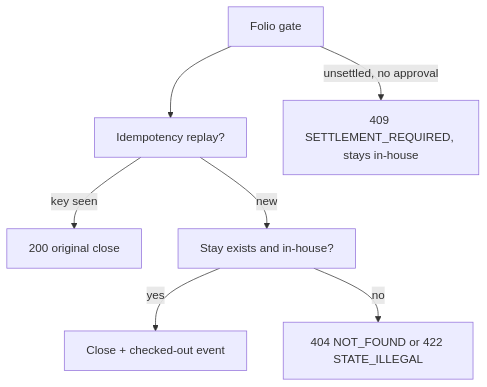
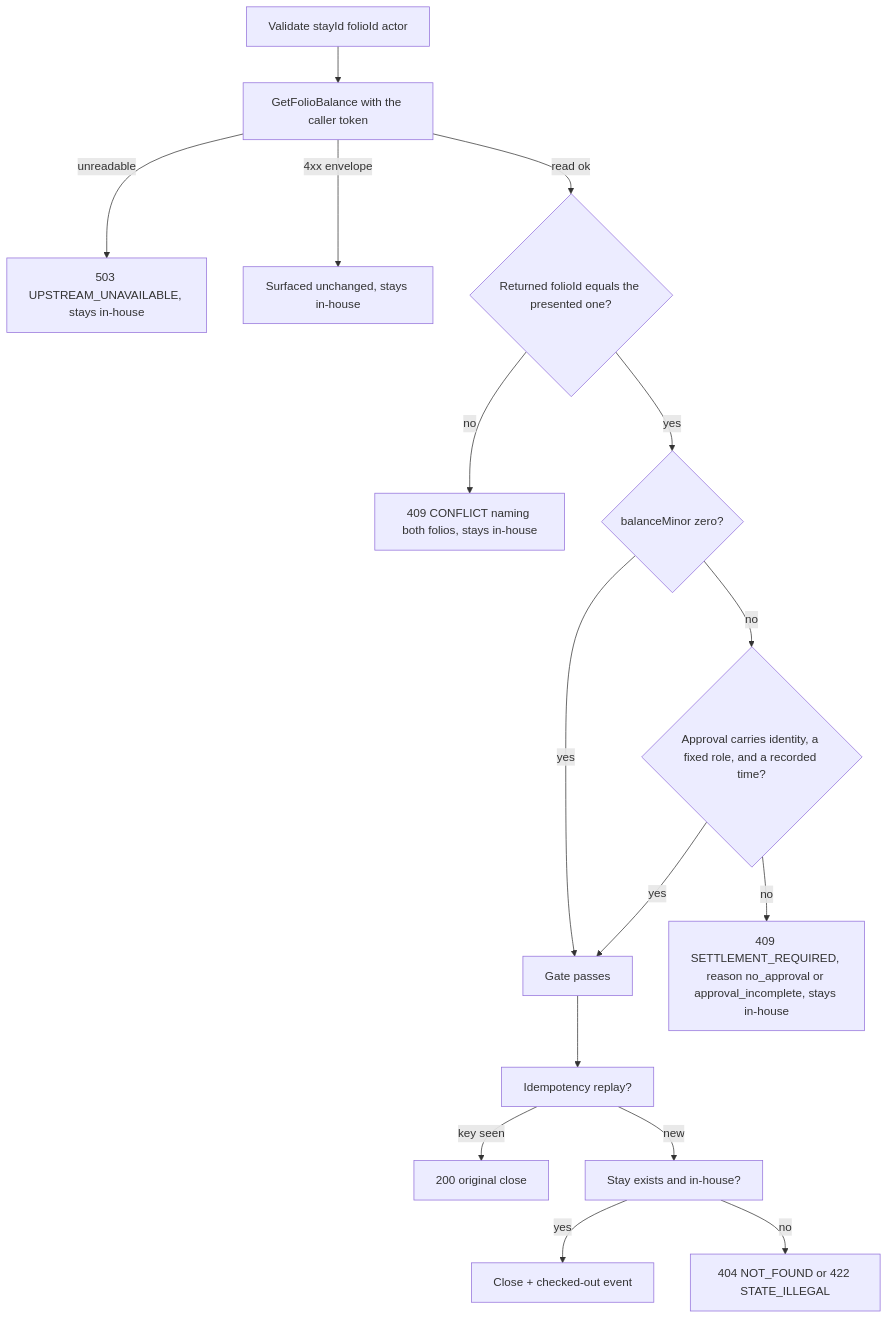
One commit to MingChen1501/hotel-mgmt changed the second of 2 diagrams in docs/architecture/services/stay.md. Above: the diagram before and after it, drawn with Mermaid. The commit also changed other lines of this file and 31 other files, not shown here.

````diff
--- a/docs/architecture/services/stay.md
+++ b/docs/architecture/services/stay.md
@@ -51,9 +53,18 @@
 ```mermaid
 flowchart TD
-    G[Folio gate] --> H[Idempotency replay?]
-    H -->|key seen| R200[200 original close]
-    H -->|new| I[Stay exists and in-house?]
-    I -->|yes| J[Close + checked-out event]
-    G -->|unsettled, no approval| R409[409 SETTLEMENT_REQUIRED, stays in-house]
-    I -->|no| RERR[404 NOT_FOUND or 422 STATE_ILLEGAL]
+    A[Validate stayId folioId actor] --> B[GetFolioBalance with the caller token]
+    B -->|unreadable| R503[503 UPSTREAM_UNAVAILABLE, stays in-house]
+    B -->|4xx envelope| R4XX[Surfaced unchanged, stays in-house]
+    B -->|read ok| C{Returned folioId equals the presented one?}
+    C -->|no| R409C[409 CONFLICT naming both folios, stays in-house]
+    C -->|yes| D{balanceMinor zero?}
+    D -->|yes| E[Gate passes]
+    D -->|no| F{Approval carries identity, a fixed role, and a recorded time?}
+    F -->|no| R409S[409 SETTLEMENT_REQUIRED, reason no_approval or approval_incomplete, stays in-house]
+    F -->|yes| E
+    E --> G[Idempotency replay?]
+    G -->|key seen| R200[200 original close]
+    G -->|new| H[Stay exists and in-house?]
+    H -->|yes| I[Close + checked-out event]
+    H -->|no| RERR[404 NOT_FOUND or 422 STATE_ILLEGAL]
 ```
````
